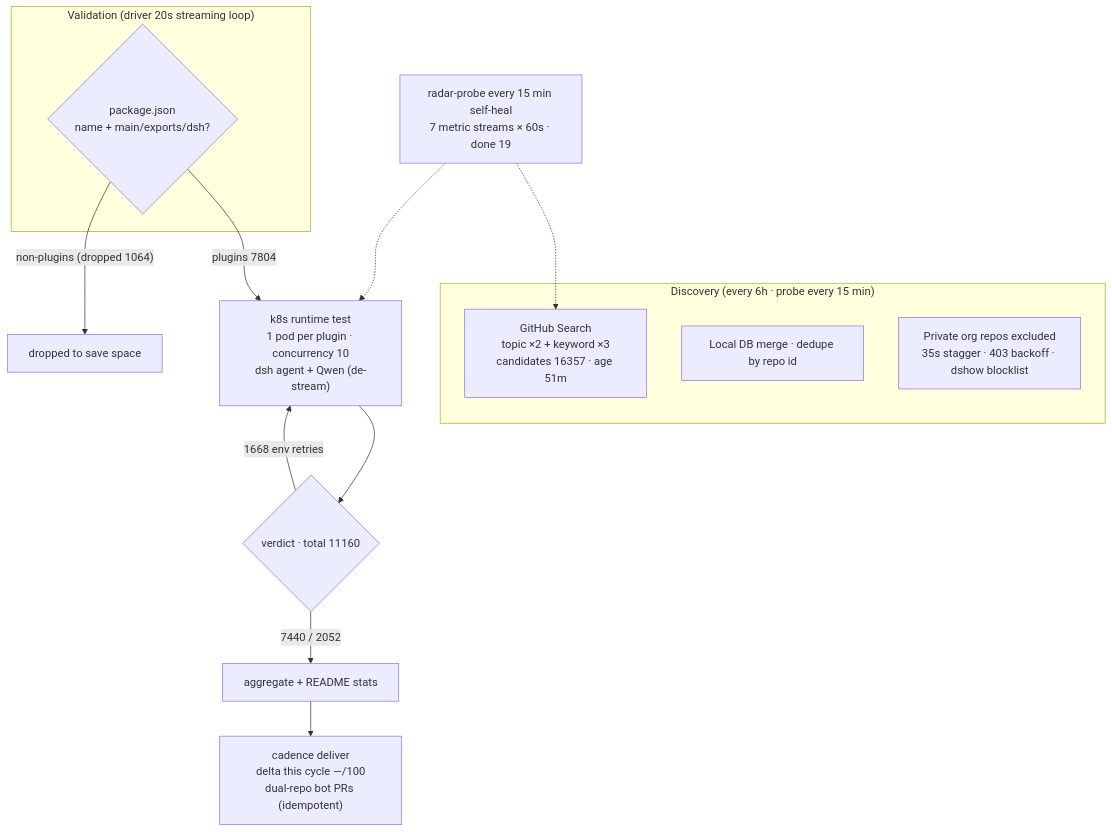
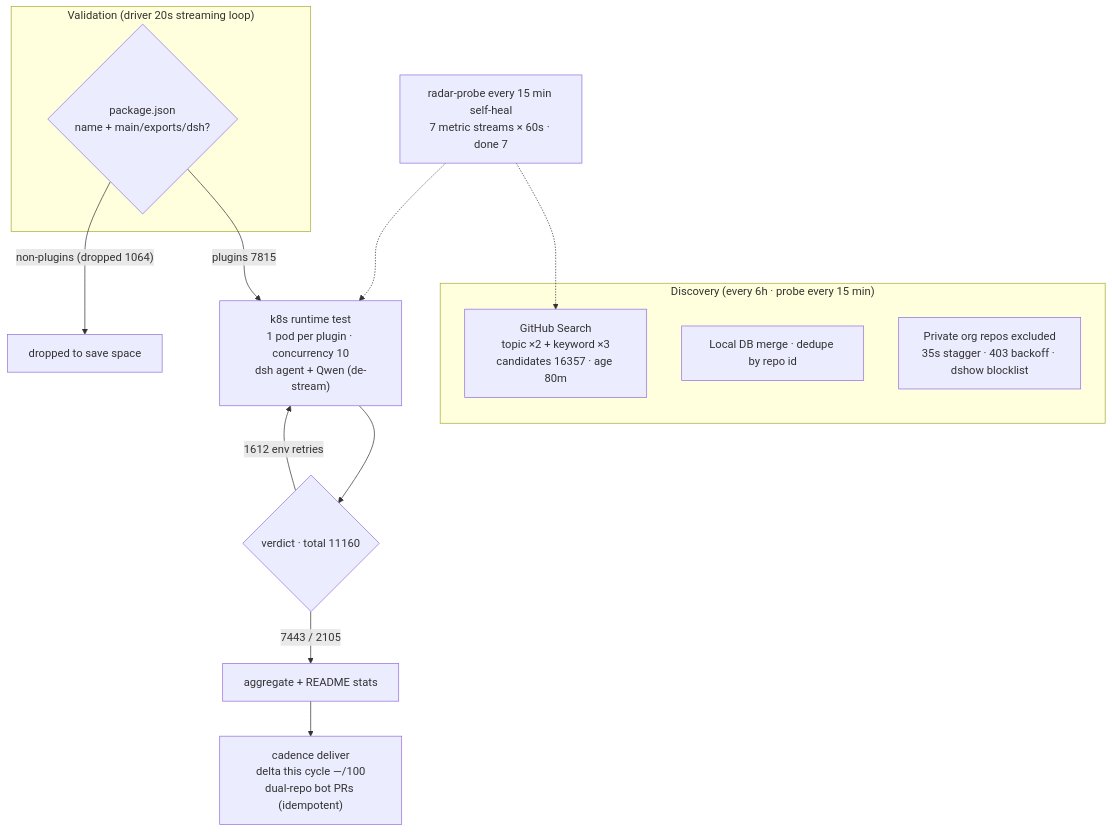
The diagram in README.en-US.md (AdamPlatin123/awesome-dsh-plugins), drawn with Mermaid before and after one commit. The commit also changed other lines of this file and 5 other files, not shown here.

````diff
--- a/README.en-US.md
+++ b/README.en-US.md
@@ -45,20 +45,20 @@
 ```mermaid
 flowchart TB
     subgraph Discovery["Discovery (every 6h · probe every 15 min)"]
-        A1["GitHub Search<br/>topic ×2 + keyword ×3<br/>candidates 16357 · age 51m"]
+        A1["GitHub Search<br/>topic ×2 + keyword ×3<br/>candidates 16357 · age 80m"]
         A2["Local DB merge · dedupe by repo id"]
         A3["Private org repos excluded<br/>35s stagger · 403 backoff · dshow blocklist"]
     end
     subgraph Validation["Validation (driver 20s streaming loop)"]
         B1{"package.json<br/>name + main/exports/dsh?"}
     end
-    B1 -->|"plugins 7804"| C1["k8s runtime test<br/>1 pod per plugin · concurrency 10<br/>dsh agent + Qwen (de-stream)"]
+    B1 -->|"plugins 7815"| C1["k8s runtime test<br/>1 pod per plugin · concurrency 10<br/>dsh agent + Qwen (de-stream)"]
     B1 -->|"non-plugins (dropped 1064)"| B3["dropped to save space"]
     C1 --> D1{"verdict · total 11160"}
-    D1 -->|"7440 / 2052"| E1["aggregate + README stats"]
-    D1 -->|"1668 env retries"| C1
+    D1 -->|"7443 / 2105"| E1["aggregate + README stats"]
+    D1 -->|"1612 env retries"| C1
     E1 --> E2["cadence deliver<br/>delta this cycle —/100<br/>dual-repo bot PRs (idempotent)"]
-    M["radar-probe every 15 min self-heal<br/>7 metric streams × 60s · done 19"]
+    M["radar-probe every 15 min self-heal<br/>7 metric streams × 60s · done 7"]
     M -.-> A1
     M -.-> C1
 ```
````
